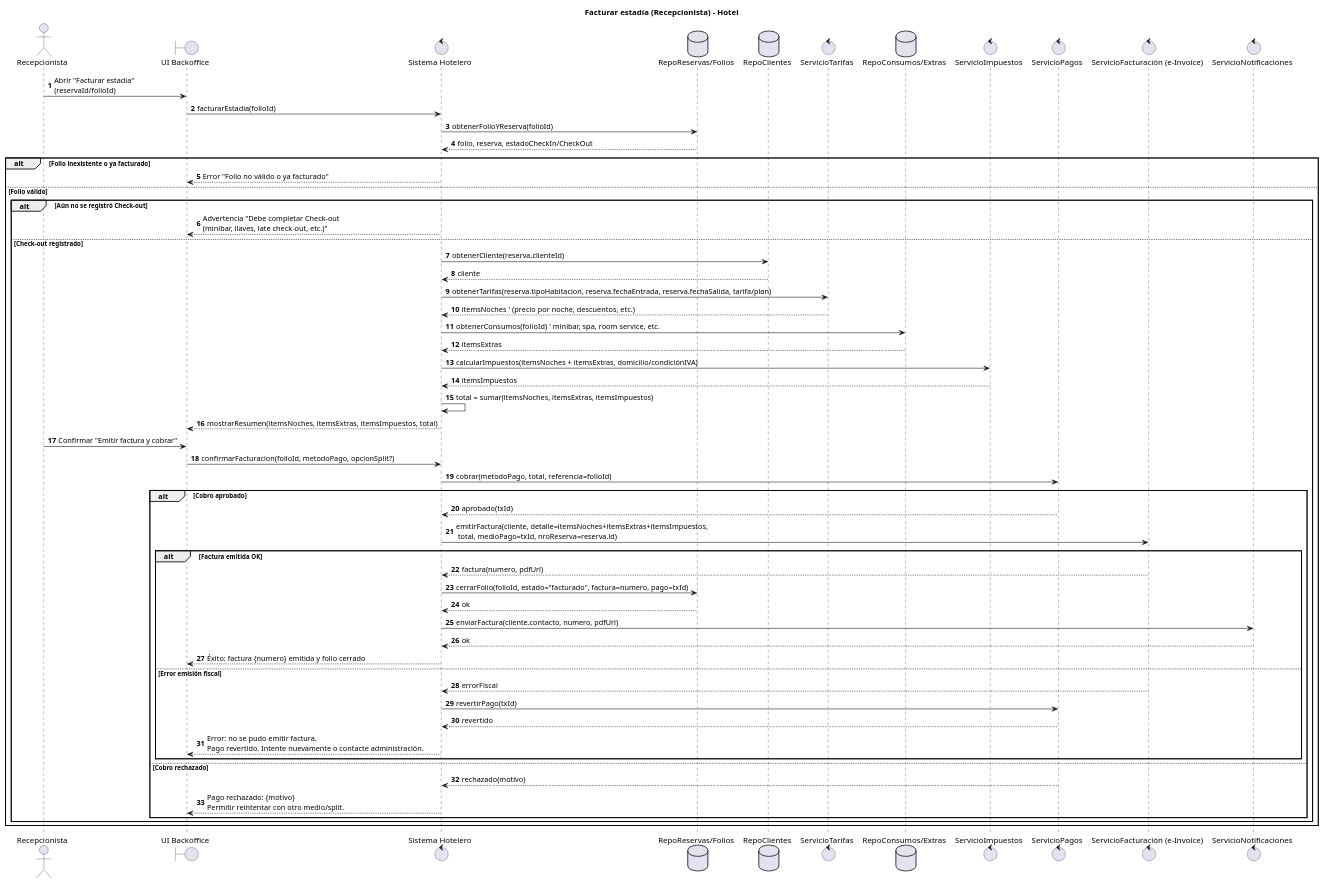
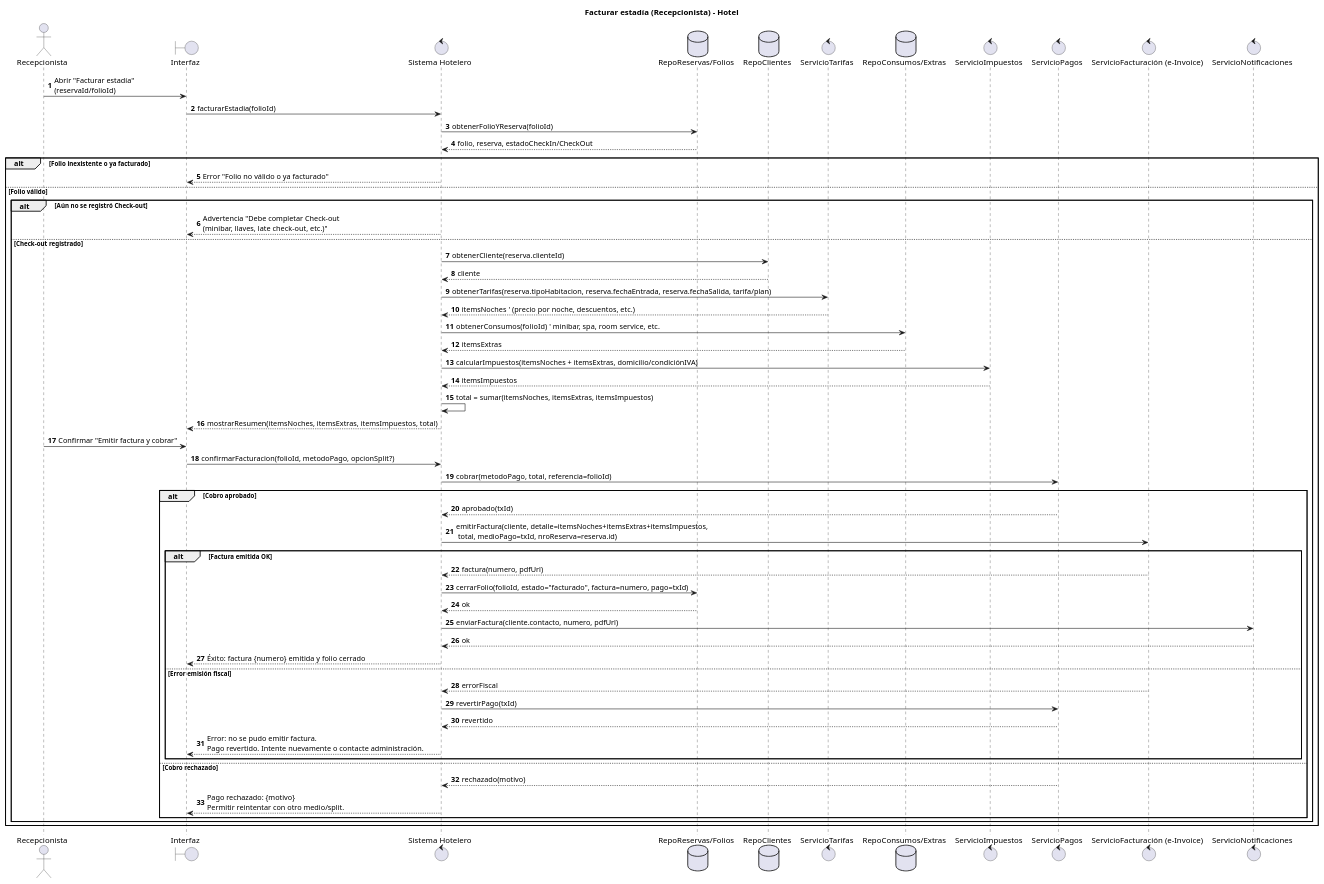
The diagram in slides/starUML/2b_hotel.puml (UBP-IngenieriaSoftware/filminas), drawn with PlantUML before and after one commit. The commit also changed 4 other files, not shown here.

```diff
--- a/slides/starUML/2b_hotel.puml
+++ b/slides/starUML/2b_hotel.puml
@@ -1,84 +1,84 @@
 @startuml
 autonumber
 title Facturar estadía (Recepcionista) - Hotel
 
 actor "Recepcionista" as R
-boundary "UI Backoffice" as UI
+boundary "Interfaz" as UI
 control "Sistema Hotelero" as S
 database "RepoReservas/Folios" as RR
 database "RepoClientes" as RC
 control "ServicioTarifas" as ST
 database "RepoConsumos/Extras" as RX
 control "ServicioImpuestos" as SI
 control "ServicioPagos" as SP
 control "ServicioFacturación (e-Invoice)" as SF
 control "ServicioNotificaciones" as SN
 
 ' 1) Iniciar facturación
 R -> UI: Abrir "Facturar estadía"\n(reservaId/folioId)
 UI -> S: facturarEstadia(folioId)
 
 ' 2) Cargar folio y validar estado
 S -> RR: obtenerFolioYReserva(folioId)
 RR --> S: folio, reserva, estadoCheckIn/CheckOut
 
 alt Folio inexistente o ya facturado
   S --> UI: Error "Folio no válido o ya facturado"
 else Folio válido
   alt Aún no se registró Check-out
     S --> UI: Advertencia "Debe completar Check-out\n(minibar, llaves, late check-out, etc.)"
   else Check-out registrado
     ' 3) Recolectar datos para cálculo
     S -> RC: obtenerCliente(reserva.clienteId)
     RC --> S: cliente
 
     S -> ST: obtenerTarifas(reserva.tipoHabitacion, reserva.fechaEntrada, reserva.fechaSalida, tarifa/plan)
     ST --> S: itemsNoches  ' (precio por noche, descuentos, etc.)
 
     S -> RX: obtenerConsumos(folioId)  ' minibar, spa, room service, etc.
     RX --> S: itemsExtras
 
     S -> SI: calcularImpuestos(itemsNoches + itemsExtras, domicilio/condiciónIVA)
     SI --> S: itemsImpuestos
 
     S -> S: total = sumar(itemsNoches, itemsExtras, itemsImpuestos)
 
     ' 4) Vista previa para confirmación
     S --> UI: mostrarResumen(itemsNoches, itemsExtras, itemsImpuestos, total)
 
     R -> UI: Confirmar "Emitir factura y cobrar"
     UI -> S: confirmarFacturacion(folioId, metodoPago, opcionSplit?)
 
     ' 5) Cobro
     S -> SP: cobrar(metodoPago, total, referencia=folioId)
     alt Cobro aprobado
       SP --> S: aprobado(txId)
 
       ' 6) Emitir factura fiscal
       S -> SF: emitirFactura(cliente, detalle=itemsNoches+itemsExtras+itemsImpuestos,\n total, medioPago=txId, nroReserva=reserva.id)
       alt Factura emitida OK
         SF --> S: factura(numero, pdfUrl)
 
         ' 7) Persistir y cerrar
         S -> RR: cerrarFolio(folioId, estado="facturado", factura=numero, pago=txId)
         RR --> S: ok
 
         ' 8) Entrega de comprobante
         S -> SN: enviarFactura(cliente.contacto, numero, pdfUrl)
         SN --> S: ok
 
         S --> UI: Éxito: factura {numero} emitida y folio cerrado
       else Error emisión fiscal
         SF --> S: errorFiscal
         ' Política: revertir o dejar pago aplicado con folio abierto según norma
         S -> SP: revertirPago(txId)
         SP --> S: revertido
         S --> UI: Error: no se pudo emitir factura.\nPago revertido. Intente nuevamente o contacte administración.
       end
     else Cobro rechazado
       SP --> S: rechazado(motivo)
       S --> UI: Pago rechazado: {motivo}\nPermitir reintentar con otro medio/split.
     end
   end
 end
 @enduml
```
